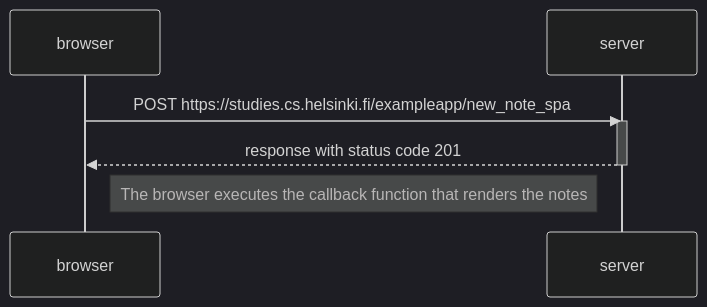
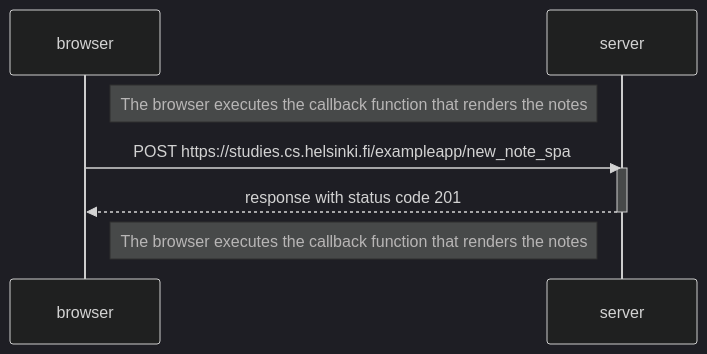
One commit to eliastakala/Fullstack-2023 changed the diagram in part0/spanewnote.md. Above: the diagram before and after it, drawn with Mermaid (dark theme).

Commit message:
mods to spa new note

````diff
--- a/part0/spanewnote.md
+++ b/part0/spanewnote.md
@@ -1,12 +1,14 @@
 ```mermaid
 sequenceDiagram
     participant browser
     participant server
+    
+    Note right of browser: The browser executes the callback function that renders the notes 
     
     browser->>server: POST https://studies.cs.helsinki.fi/exampleapp/new_note_spa
     activate server
     server-->>browser: response with status code 201
     deactivate server
     
     Note right of browser: The browser executes the callback function that renders the notes 
 ```
````
